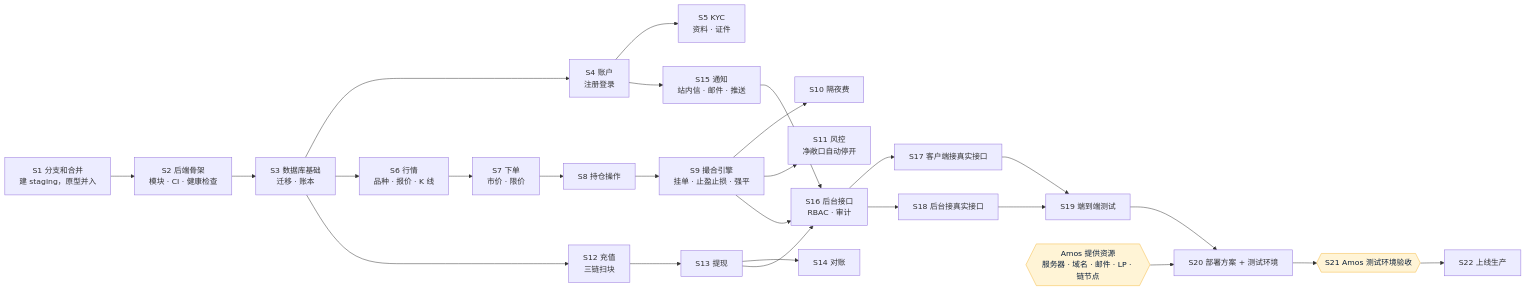
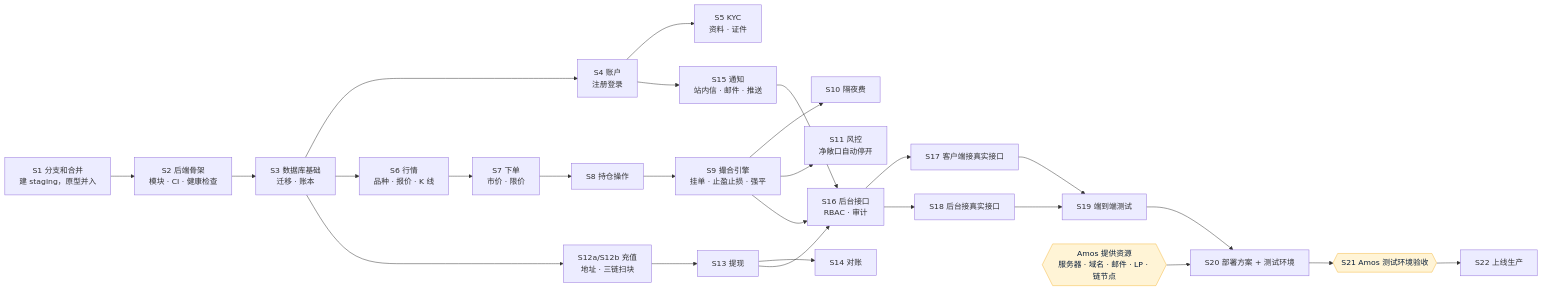
The diagram in 需求文档/v1-任务清单.md (dollar3651314/falconx-lite), drawn with Mermaid before and after one commit. The commit also changed other lines of this file and 28 other files, not shown here.

````diff
--- a/需求文档/v1-任务清单.md
+++ b/需求文档/v1-任务清单.md
@@ -25,23 +25,23 @@
 ```mermaid
 flowchart LR
     S1["S1 分支和合并<br/>建 staging，原型并入"] --> S2["S2 后端骨架<br/>模块 · CI · 健康检查"]
     S2 --> S3["S3 数据库基础<br/>迁移 · 账本"]
     S3 --> S4["S4 账户<br/>注册登录"] --> S5["S5 KYC<br/>资料 · 证件"]
     S3 --> S6["S6 行情<br/>品种 · 报价 · K 线"]
     S6 --> S7["S7 下单<br/>市价 · 限价"] --> S8["S8 持仓操作"] --> S9["S9 撮合引擎<br/>挂单 · 止盈止损 · 强平"] --> S10["S10 隔夜费"]
     S9 --> S11["S11 风控<br/>净敞口自动停开"]
-    S3 --> S12["S12 充值<br/>三链扫块"] --> S13["S13 提现"] --> S14["S14 对账"]
+    S3 --> S12["S12a/S12b 充值<br/>地址 · 三链扫块"] --> S13["S13 提现"] --> S14["S14 对账"]
     S4 --> S15["S15 通知<br/>站内信 · 邮件 · 推送"]
     S15 --> S16["S16 后台接口<br/>RBAC · 审计"]
     S9 --> S16
     S13 --> S16
     S16 --> S17["S17 客户端接真实接口"]
     S16 --> S18["S18 后台接真实接口"]
     S17 --> S19["S19 端到端测试"]
     S18 --> S19
     R{{"Amos 提供资源<br/>服务器 · 域名 · 邮件 · LP · 链节点"}} --> S20["S20 部署方案 + 测试环境"]
     S19 --> S20 --> S21{{"S21 Amos 测试环境验收"}} --> S22["S22 上线生产"]
 
     classDef amos fill:#FFF4D6,stroke:#F5B83D,color:#0B1F3A
     class R,S21 amos
 ```
````
